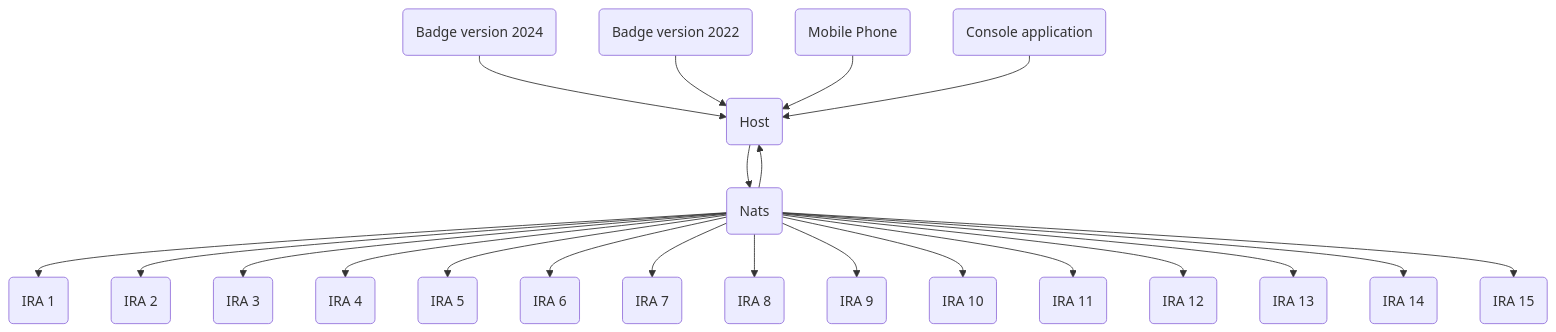
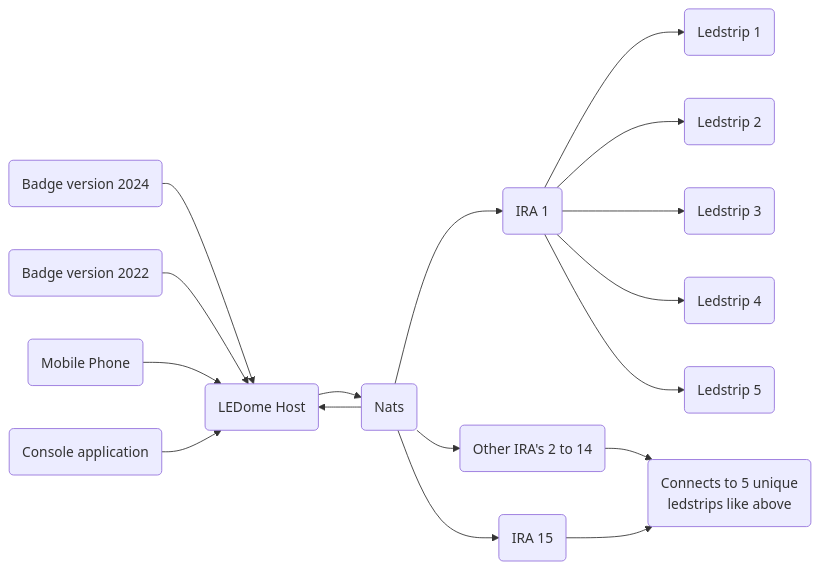
One commit to kavers1/LEDome changed the diagram in README.md. Above: the diagram before and after it, drawn with Mermaid.

Commit message:
Update notes

````diff
--- a/README.md
+++ b/README.md
@@ -13,49 +13,42 @@
 ```mermaid
-graph TD;
+graph LR;
 
 C1(Badge version 2024)
 C2(Badge version 2022)
 C3(Mobile Phone)
 C4(Console application)
-H(Host)
+H(LEDome Host)
 N(Nats)
 I1(IRA 1)
-I2(IRA 2)
-I3(IRA 3)
-I4(IRA 4)
-I5(IRA 5)
-I6(IRA 6)
-I7(IRA 7)
-I8(IRA 8)
-I9(IRA 9)
-I10(IRA 10)
-I11(IRA 11)
-I12(IRA 12)
-I13(IRA 13)
-I14(IRA 14)
+I8(Other IRA's 2 to 14)
 I15(IRA 15)
+L1(Ledstrip 1)
+L2(Ledstrip 2)
+L3(Ledstrip 3)
+L4(Ledstrip 4)
+L5(Ledstrip 5)
+
+L6(Connects to 5 unique <br> ledstrips like above)
 
 C1 --> H
 C2 --> H
 C3 --> H
 C4 --> H
 H --> N
 N --> H
 N --> I1
-N --> I2
-N --> I3
-N --> I4
-N --> I5
-N --> I6
-N --> I7
 N --> I8
-N --> I9
-N --> I10
-N --> I11
-N --> I12
-N --> I13
-N --> I14
 N --> I15
+
+I1 --> L1
+I1 --> L2
+I1 --> L3
+I1 --> L4
+I1 --> L5
+
+I8 --> L6
+I15 --> L6
+
 
 
 ```
````
